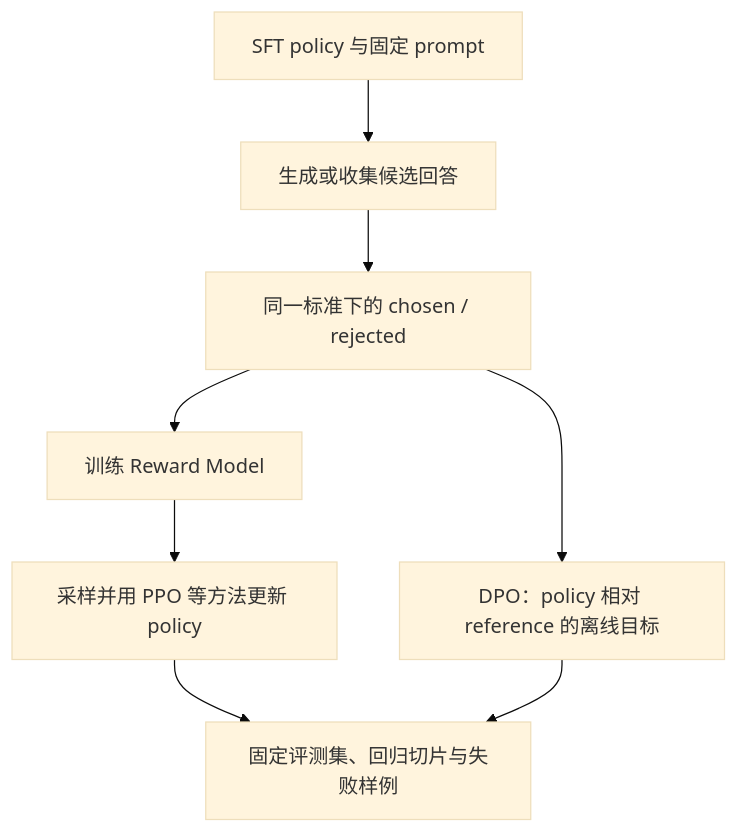
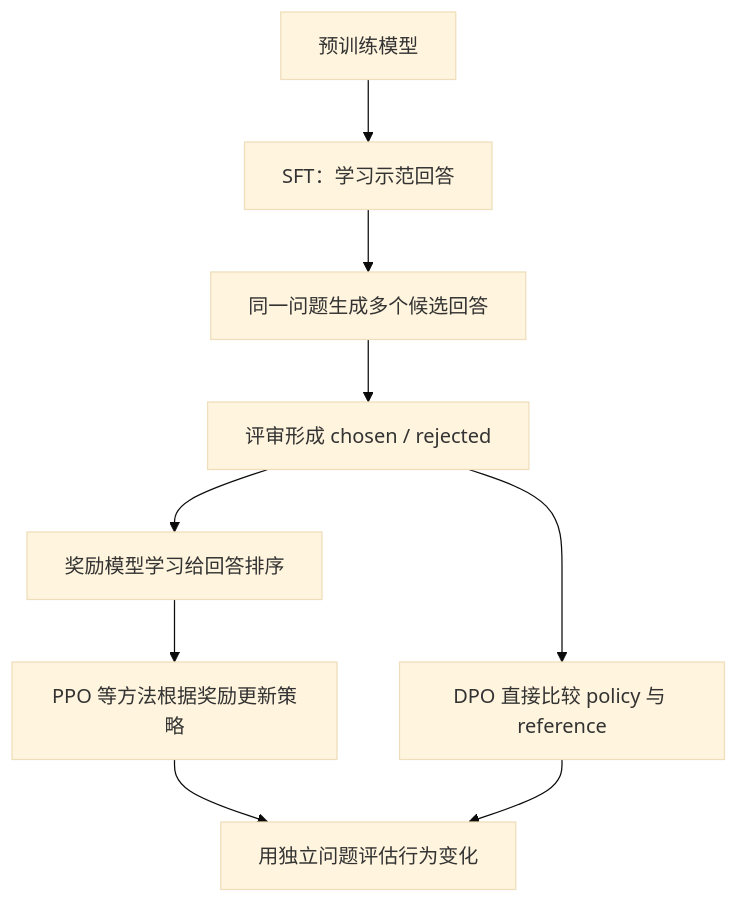
One commit to ChanChiChoi/llm-from-zero-to-interview changed the diagram in book-03-practical-handbook/chapters/05-偏好优化实战.md. Above: the diagram before and after it, drawn with Mermaid (base theme). The commit also changed other lines of this file and 16 other files, not shown here.

````diff
--- a/book-03-practical-handbook/chapters/05-偏好优化实战.md
+++ b/book-03-practical-handbook/chapters/05-偏好优化实战.md
@@ -7,10 +9,11 @@
 ```mermaid
 flowchart TD
-    A["SFT policy 与固定 prompt"] --> B["生成或收集候选回答"]
-    B --> C["同一标准下的 chosen / rejected"]
-    C --> D["训练 Reward Model"]
-    D --> E["采样并用 PPO 等方法更新 policy"]
-    C --> F["DPO：policy 相对 reference 的离线目标"]
-    E --> G["固定评测集、回归切片与失败样例"]
-    F --> G
+    A["预训练模型"] --> B["SFT：学习示范回答"]
+    B --> C["同一问题生成多个候选回答"]
+    C --> D["评审形成 chosen / rejected"]
+    D --> E["奖励模型学习给回答排序"]
+    E --> F["PPO 等方法根据奖励更新策略"]
+    D --> G["DPO 直接比较 policy 与 reference"]
+    F --> H["用独立问题评估行为变化"]
+    G --> H
 ```
````
